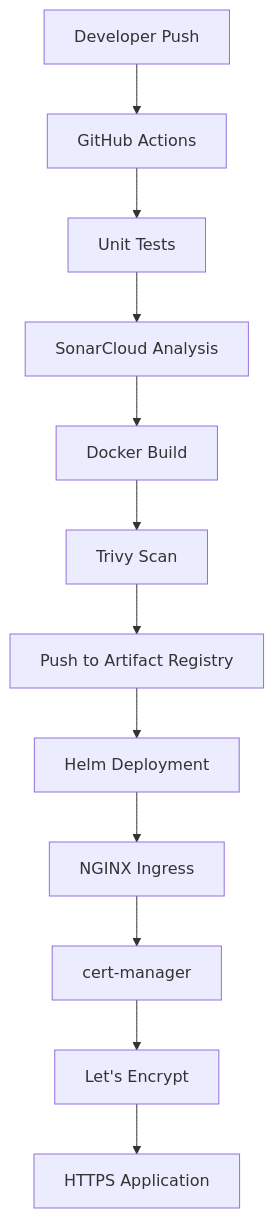
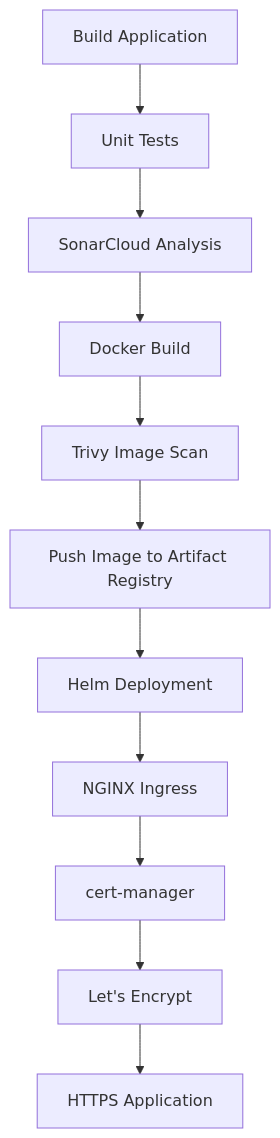
The second of 2 diagrams in docs/14-cert-manager-and-tls.md (ssavaniya/gke-wif-deployment), drawn with Mermaid before and after one commit. The commit also changed other lines of this file and 1 other file, not shown here.

````diff
--- a/docs/14-cert-manager-and-tls.md
+++ b/docs/14-cert-manager-and-tls.md
@@ -834,39 +463,36 @@
 ```mermaid
 flowchart TD
 
-A[Developer Push]
+A[Build Application]
 
-B[GitHub Actions]
+B[Unit Tests]
 
-C[Unit Tests]
+C[SonarCloud Analysis]
 
-D[SonarCloud Analysis]
+D[Docker Build]
 
-E[Docker Build]
+E[Trivy Image Scan]
 
-F[Trivy Scan]
+F[Push Image to Artifact Registry]
 
-G[Push to Artifact Registry]
+G[Helm Deployment]
 
-H[Helm Deployment]
+H[NGINX Ingress]
 
-I[NGINX Ingress]
+I[cert-manager]
 
-J[cert-manager]
+J[Let's Encrypt]
 
-K[Let's Encrypt]
-
-L[HTTPS Application]
+K[HTTPS Application]
 
 A --> B
 B --> C
 C --> D
 D --> E
 E --> F
 F --> G
 G --> H
 H --> I
 I --> J
 J --> K
-K --> L
 ```
````
